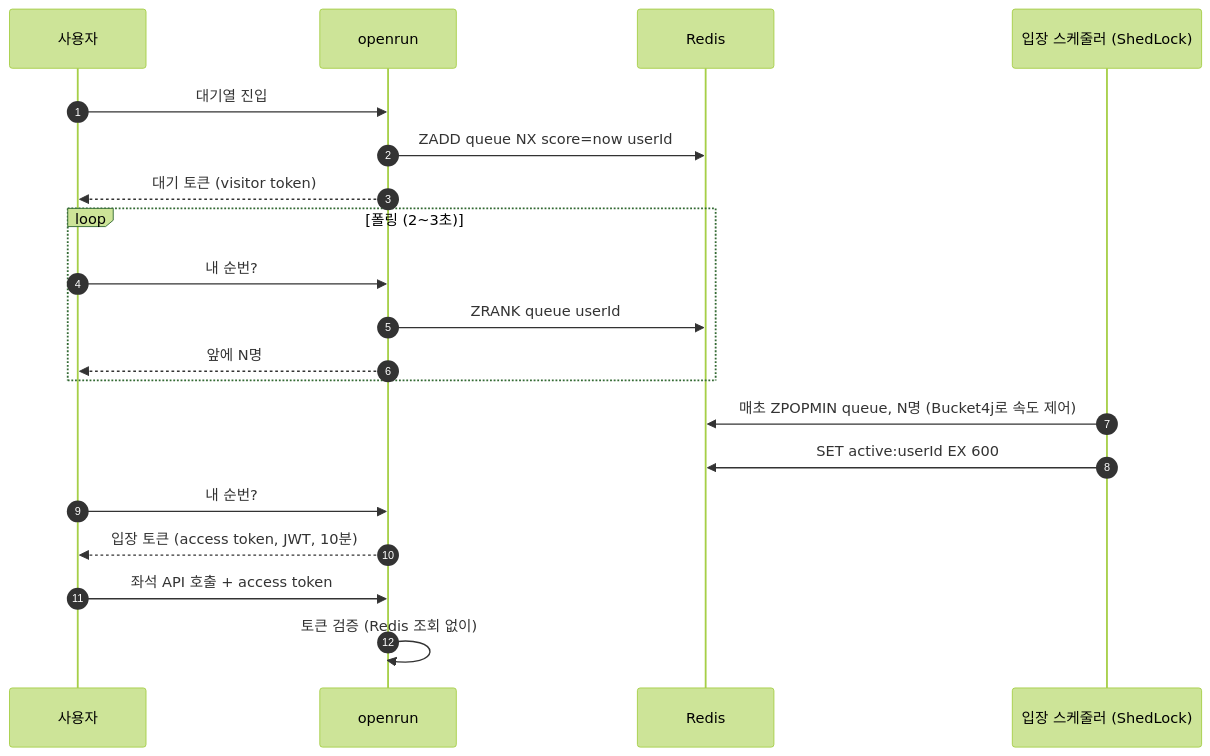
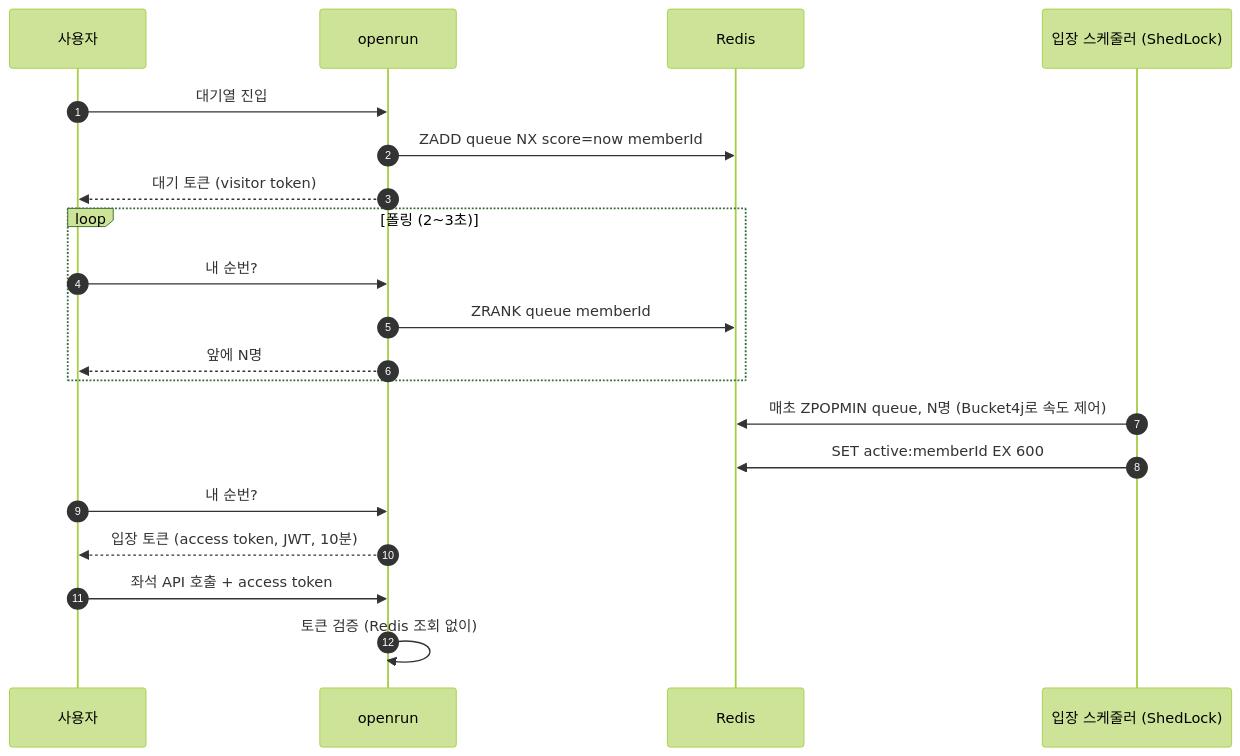
The seventh of 10 diagrams in docs/blueprint.md (lim950808/openrun), drawn with Mermaid (forest theme) before and after one commit. The commit also changed other lines of this file and 7 other files, not shown here.

````diff
--- a/docs/blueprint.md
+++ b/docs/blueprint.md
@@ -247,23 +265,23 @@
 ```mermaid
 sequenceDiagram
     autonumber
     participant U as 사용자
     participant S as openrun
     participant R as Redis
     participant J as 입장 스케줄러 (ShedLock)
 
     U->>S: 대기열 진입
-    S->>R: ZADD queue NX score=now userId
+    S->>R: ZADD queue NX score=now memberId
     S-->>U: 대기 토큰 (visitor token)
     loop 폴링 (2~3초)
         U->>S: 내 순번?
-        S->>R: ZRANK queue userId
+        S->>R: ZRANK queue memberId
         S-->>U: 앞에 N명
     end
     J->>R: 매초 ZPOPMIN queue, N명 (Bucket4j로 속도 제어)
-    J->>R: SET active:userId EX 600
+    J->>R: SET active:memberId EX 600
     U->>S: 내 순번?
     S-->>U: 입장 토큰 (access token, JWT, 10분)
     U->>S: 좌석 API 호출 + access token
     S->>S: 토큰 검증 (Redis 조회 없이)
 ```
````
